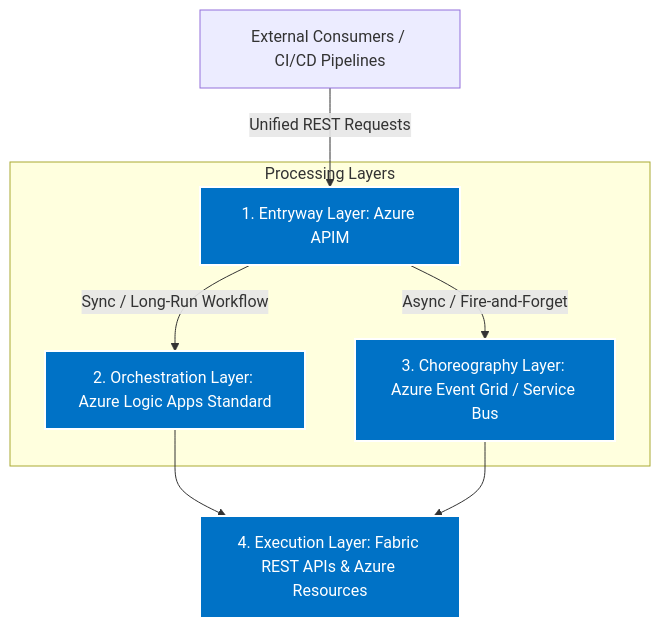
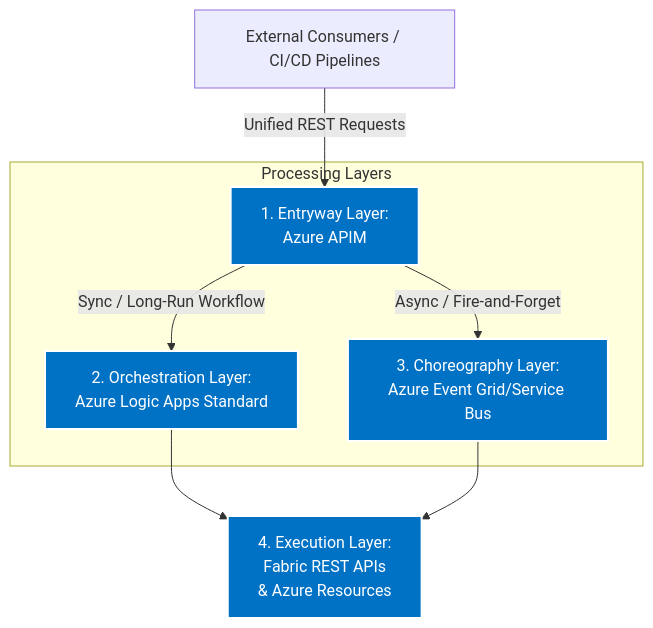
The first of 6 diagrams in blueprints/AIA/README.md (banban/architecture-as-code), drawn with Mermaid before and after one commit. The commit also changed other lines of this file, not shown here.

````diff
--- a/blueprints/AIA/README.md
+++ b/blueprints/AIA/README.md
@@ -35,17 +35,17 @@
 ```mermaid
 graph TD
-    User[External Consumers / CI/CD Pipelines] -->|Unified REST Requests| APIM[1. Entryway Layer: Azure APIM]
+    User[External Consumers / CI/CD Pipelines] -->|Unified REST Requests| APIM[1. Entryway Layer:<br/>Azure APIM]
     
     subgraph Processing Layers
-        APIM -->|Sync / Long-Run Workflow| LogicApps[2. Orchestration Layer: Azure Logic Apps Standard]
-        APIM -->|Async / Fire-and-Forget| EventGrid[3. Choreography Layer: Azure Event Grid / Service Bus]
+        APIM -->|Sync / Long-Run Workflow| LogicApps[2. Orchestration Layer:<br/>Azure Logic Apps Standard]
+        APIM -->|Async / Fire-and-Forget| EventGrid[3. Choreography Layer:<br/>Azure Event Grid/Service Bus]
     end
     
-    LogicApps --> Execution[4. Execution Layer: Fabric REST APIs & Azure Resources]
+    LogicApps --> Execution[4. Execution Layer:<br/>Fabric REST APIs <br/>& Azure Resources]
     EventGrid --> Execution
     
     style APIM fill:#0072C6,stroke:#fff,stroke-width:2px,color:#fff
     style LogicApps fill:#0072C6,stroke:#fff,stroke-width:2px,color:#fff
     style EventGrid fill:#0072C6,stroke:#fff,stroke-width:2px,color:#fff
     style Execution fill:#0072C6,stroke:#fff,stroke-width:2px,color:#fff
 ```
````
